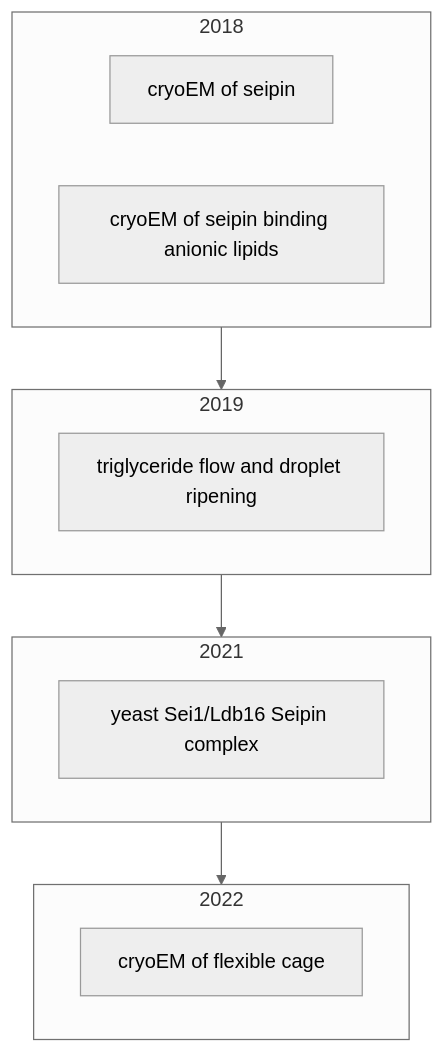
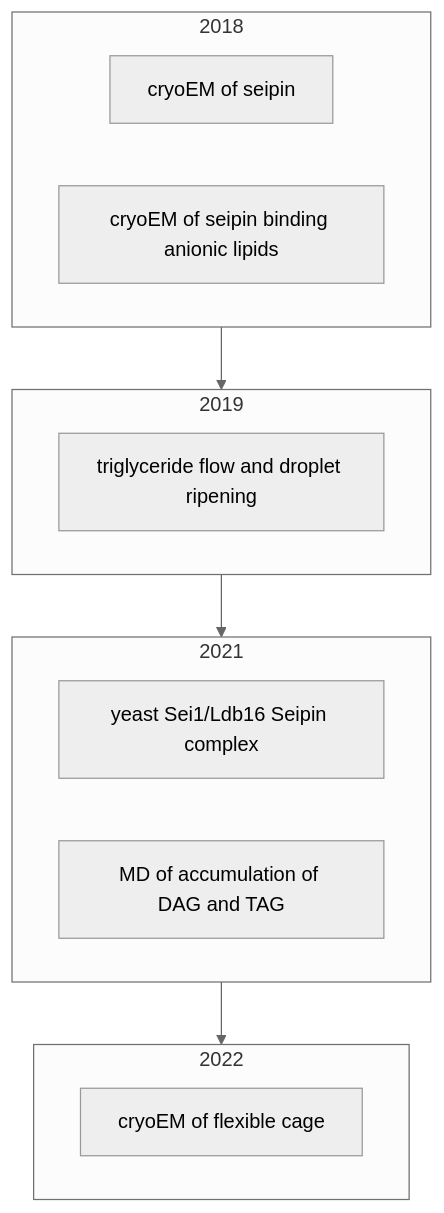
One commit to psichen/psichen.github.io changed the first of 7 diagrams in source/resources/mindmap/seipin.md. Above: the diagram before and after it, drawn with Mermaid (neutral theme). The commit also changed other lines of this file, not shown here.

````diff
--- a/source/resources/mindmap/seipin.md
+++ b/source/resources/mindmap/seipin.md
@@ -20,34 +20,37 @@
 ```mermaid
 flowchart TB
 
 2018_cryoEM_JCB["cryoEM of seipin"]
 2018_anionic["cryoEM of seipin binding anionic lipids"]
 2019_triglyceride["triglyceride flow and droplet ripening"]
 2021_Sei1["yeast Sei1/Ldb16 Seipin complex"]
+2021_accumulation_MD["MD of accumulation of DAG and TAG"]
 2022_cage["cryoEM of flexible cage"]
 
 click 2018_cryoEM_JCB href "./seipin#cryoem_jcb" _self
 click 2018_anionic href "./seipin#anionic" _self
 click 2019_triglyceride href "./seipin#triglyceride" _self
 click 2021_Sei1 href "./seipin#sei1" _self
+click 2021_accumulation_MD "./seipin#accumulation_md" _self
 click 2022_cage href "./seipin#cage" _self
 
 subgraph 2018
         2018_cryoEM_JCB
         2018_anionic
 end
 
 subgraph 2019
         2019_triglyceride
 end
 
 subgraph 2021
         2021_Sei1
+        2021_accumulation_MD
 end
 
 subgraph 2022
         2022_cage
 end
 
 2018 --> 2019 --> 2021 --> 2022
 ```
````
